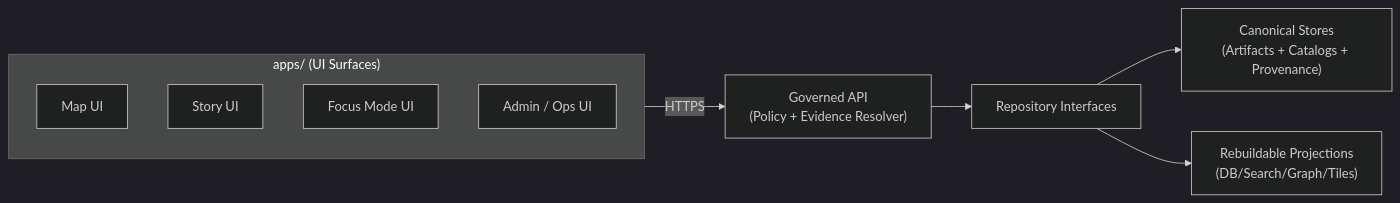
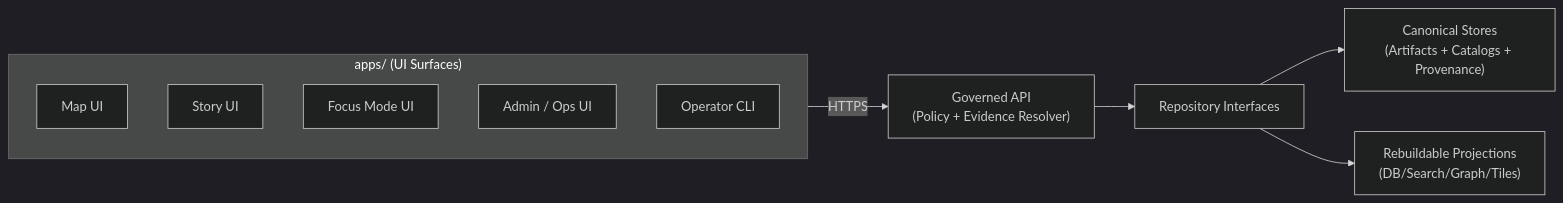
The diagram in apps/README.md (bartytime4life/Kansas-Frontier-Matrix), drawn with Mermaid (dark theme) before and after one commit. The commit also changed other lines of this file, not shown here.

````diff
--- a/apps/README.md
+++ b/apps/README.md
@@ -92,14 +123,15 @@
 ```mermaid
 flowchart LR
   subgraph Apps["apps/ (UI Surfaces)"]
     Map["Map UI"]
     Story["Story UI"]
     Focus["Focus Mode UI"]
     Admin["Admin / Ops UI"]
+    CLI["Operator CLI"]
   end
 
   Apps -->|HTTPS| API["Governed API<br/>(Policy + Evidence Resolver)"]
   API --> Repos["Repository Interfaces"]
   Repos --> Canon["Canonical Stores<br/>(Artifacts + Catalogs + Provenance)"]
   Repos --> Proj["Rebuildable Projections<br/>(DB/Search/Graph/Tiles)"]
 ```
````
